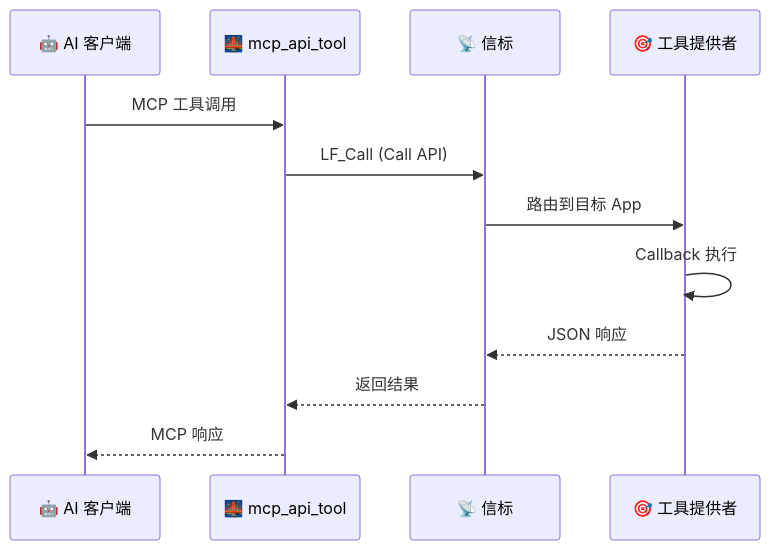
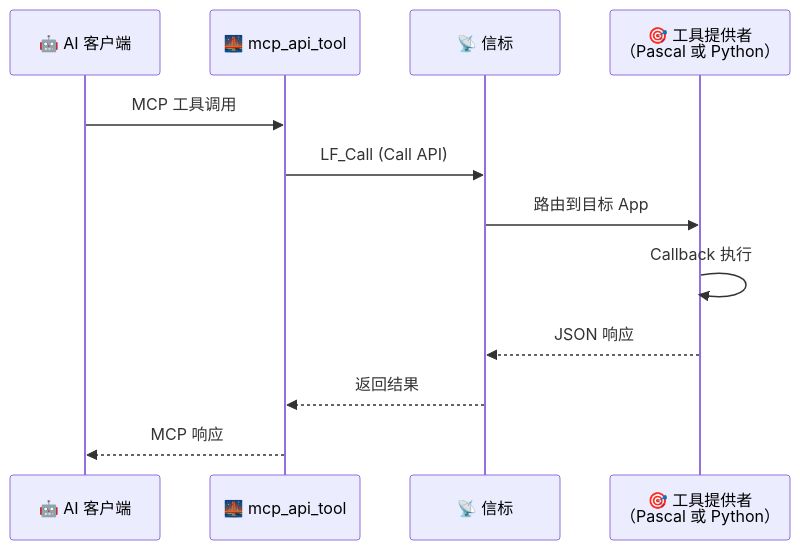
Before and after one commit to PassByYou888/LingoFuse-pasAgent: diagram 38 of 46 in code_generate_mcp.md, drawn with Mermaid. The commit also changed other lines of this file, not shown here.

````diff
--- a/code_generate_mcp.md
+++ b/code_generate_mcp.md
@@ -681,15 +1211,15 @@
 ```mermaid
 sequenceDiagram
     participant AI as 🤖 AI 客户端
     participant MCP as 🌉 mcp_api_tool
     participant Beacon as 📡 信标
-    participant EXE as 🎯 工具提供者
+    participant EXE as 🎯 工具提供者<br/>（Pascal 或 Python）
 
     AI->>MCP: MCP 工具调用
     MCP->>Beacon: LF_Call (Call API)
     Beacon->>EXE: 路由到目标 App
     EXE->>EXE: Callback 执行
     EXE-->>Beacon: JSON 响应
     Beacon-->>MCP: 返回结果
     MCP-->>AI: MCP 响应
 ```
````
